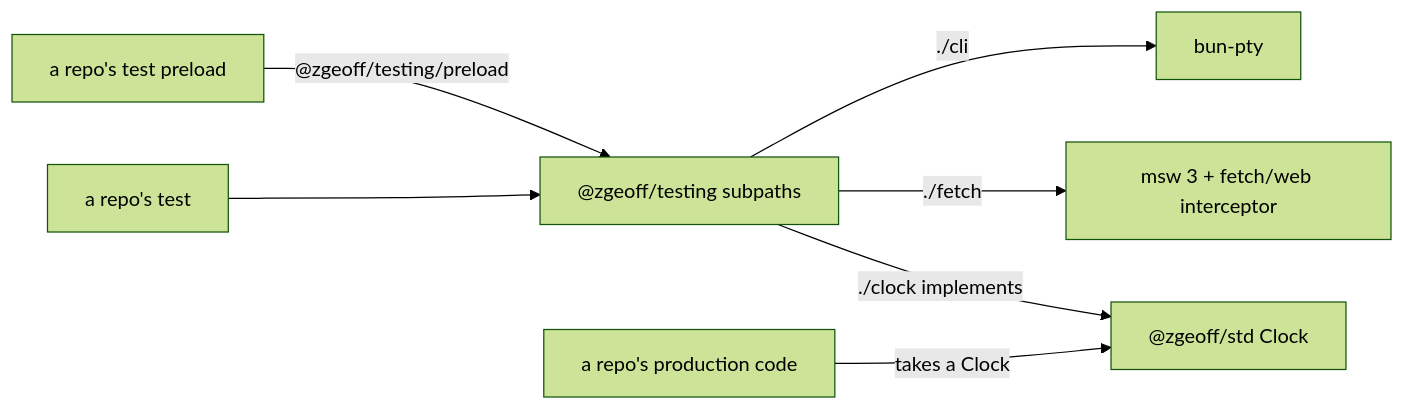
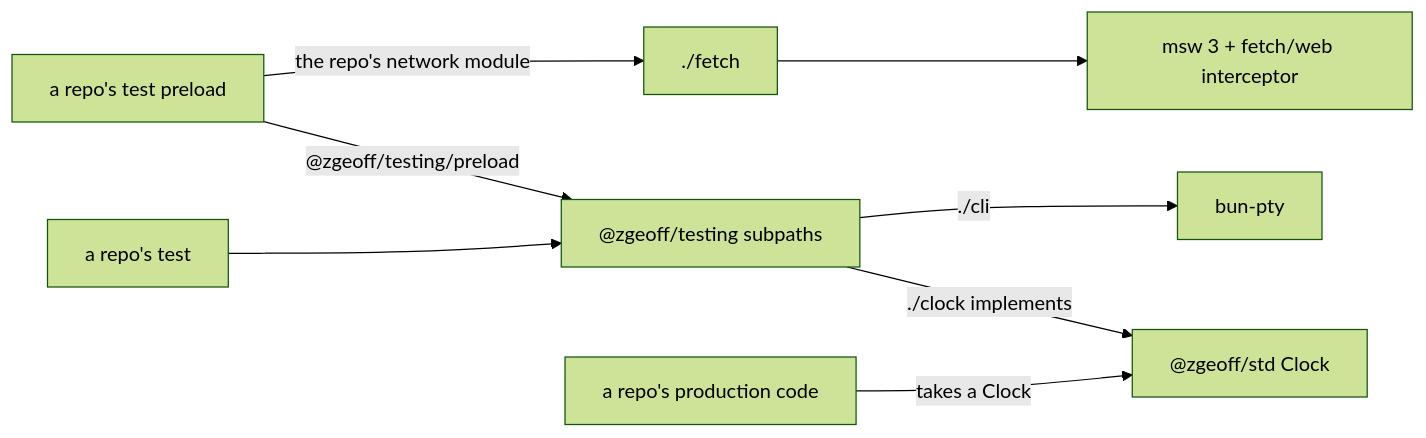
One commit to zgeoff/tools changed the diagram in docs/design/testing-kit/README.md. Above: the diagram before and after it, drawn with Mermaid (forest theme). The commit also changed other lines of this file and 6 other files, not shown here.

````diff
--- a/docs/design/testing-kit/README.md
+++ b/docs/design/testing-kit/README.md
@@ -15,9 +15,10 @@
 ```mermaid
 flowchart LR
   test[a repo's test] --> kit["@zgeoff/testing subpaths"]
   preload[a repo's test preload] -->|"@zgeoff/testing/preload"| kit
+  preload -->|"the repo's network module"| fetch["./fetch"]
   kit -->|"./clock implements"| std["@zgeoff/std Clock"]
   code[a repo's production code] -->|"takes a Clock"| std
-  kit -->|"./fetch"| msw[msw 3 + fetch/web interceptor]
+  fetch --> msw[msw 3 + fetch/web interceptor]
   kit -->|"./cli"| pty[bun-pty]
 ```
````
